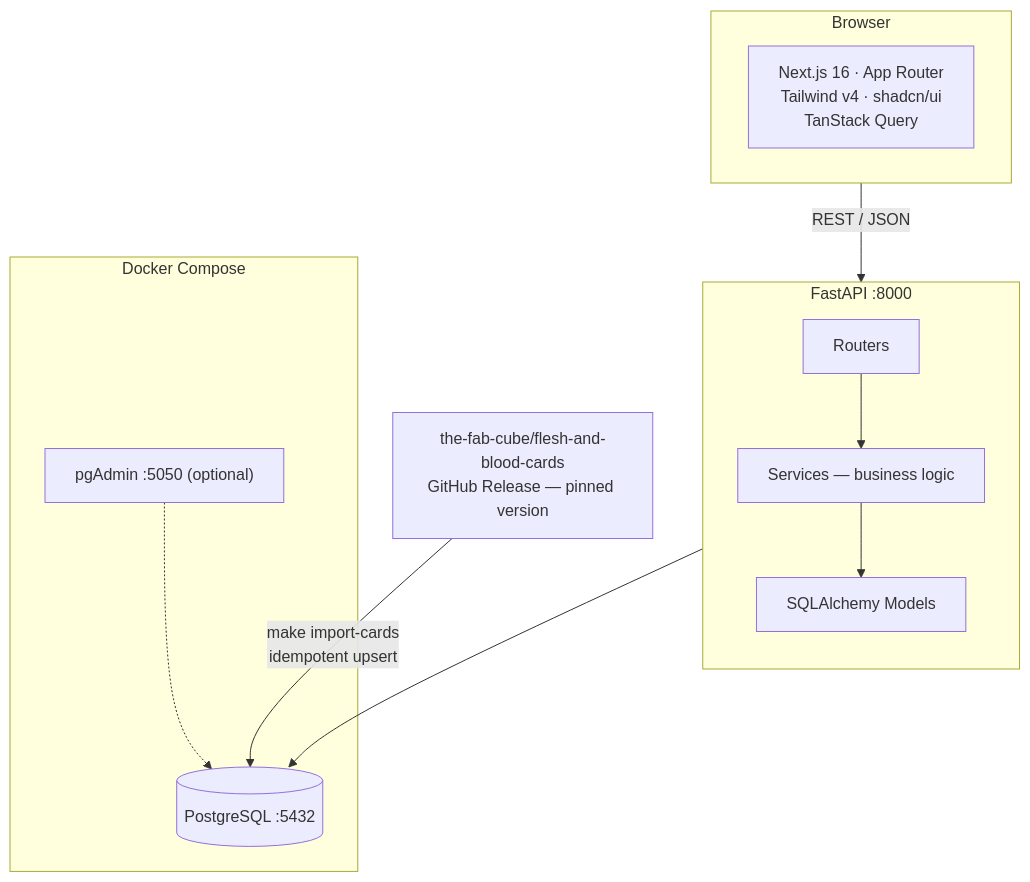
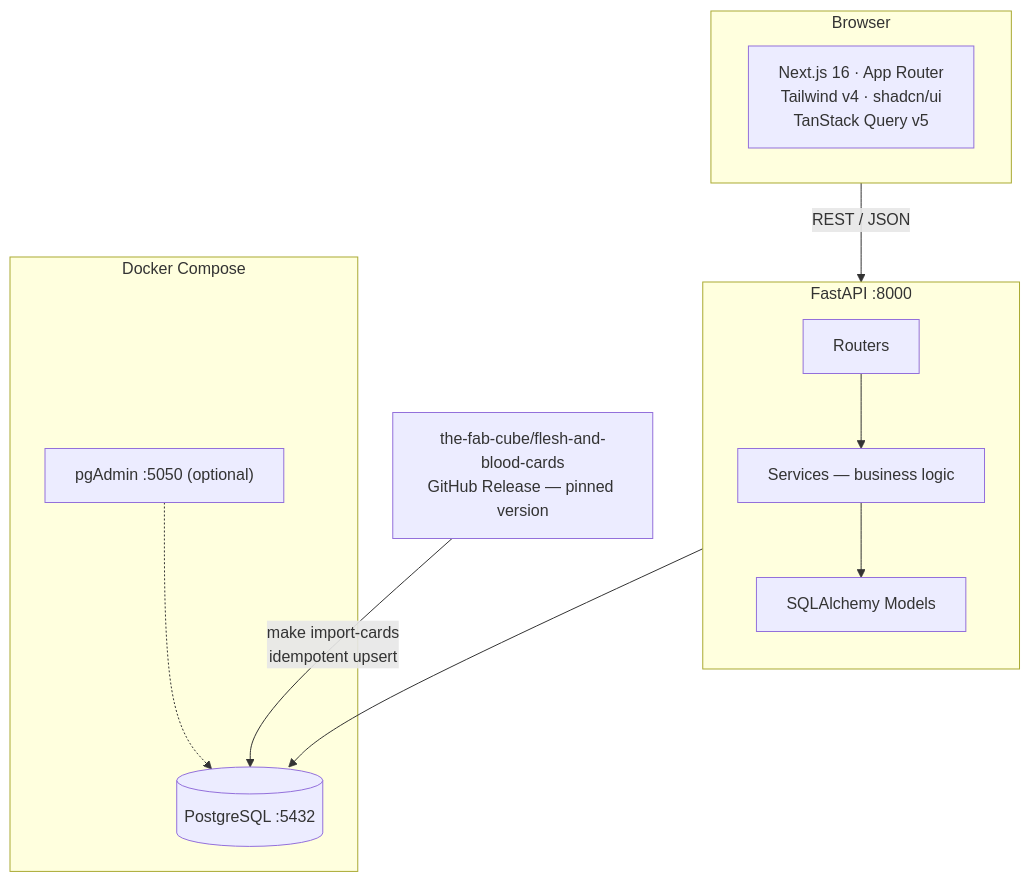
One commit to bernardoCardoso21/FabGreatLibrary changed the first of 2 diagrams in README.md. Above: the diagram before and after it, drawn with Mermaid. The commit also changed other lines of this file and 19 other files, not shown here.

````diff
--- a/README.md
+++ b/README.md
@@ -31,26 +32,26 @@
 ```mermaid
 graph TB
     subgraph Browser
-        FE["Next.js 16 · App Router\nTailwind v4 · shadcn/ui\nTanStack Query"]
+        FE["Next.js 16 · App Router\nTailwind v4 · shadcn/ui\nTanStack Query v5"]
     end
 
     subgraph API["FastAPI :8000"]
         direction TB
         R["Routers"]
         S["Services — business logic"]
         M["SQLAlchemy Models"]
         R --> S --> M
     end
 
     subgraph Infra["Docker Compose"]
         PG[("PostgreSQL :5432")]
         PGA["pgAdmin :5050 (optional)"]
     end
 
     DS["the-fab-cube/flesh-and-blood-cards\nGitHub Release — pinned version"]
 
     Browser -- "REST / JSON" --> API
     API --> PG
     PGA -.-> PG
     DS -- "make import-cards\nidempotent upsert" --> PG
 ```
````
